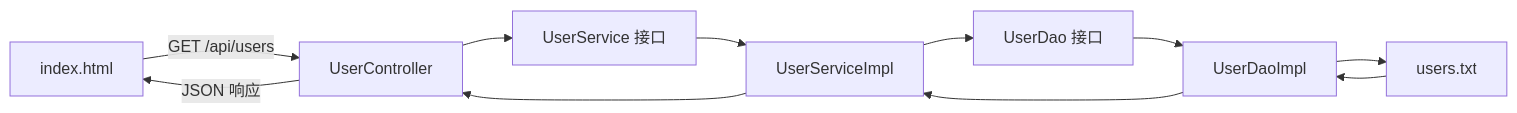
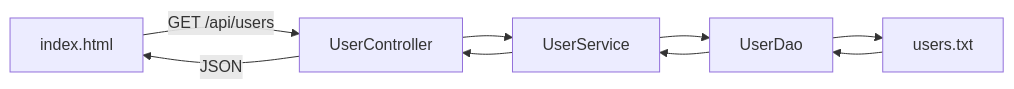
The first of 2 diagrams in Create/SpringBoot/2、Spring三层架构、内聚与耦合、IoC与DI.md (tanhon/Note), drawn with Mermaid before and after one commit. The commit also changed other lines of this file and 19 other files, not shown here.

````diff
--- a/Create/SpringBoot/2、Spring三层架构、内聚与耦合、IoC与DI.md
+++ b/Create/SpringBoot/2、Spring三层架构、内聚与耦合、IoC与DI.md
@@ -19,13 +25,11 @@
 ```mermaid
 flowchart LR
-    A["index.html"] -->|"GET /api/users"| B["UserController"]
-    B --> C["UserService 接口"]
-    C --> D["UserServiceImpl"]
-    D --> E["UserDao 接口"]
-    E --> F["UserDaoImpl"]
-    F --> G["users.txt"]
-    G --> F
-    F --> D
-    D --> B
-    B -->|"JSON 响应"| A
+    HTML["index.html"] -->|"GET /api/users"| C["UserController"]
+    C --> S["UserService"]
+    S --> D["UserDao"]
+    D --> TXT["users.txt"]
+    TXT --> D
+    D --> S
+    S --> C
+    C -->|"JSON"| HTML
 ```
````
